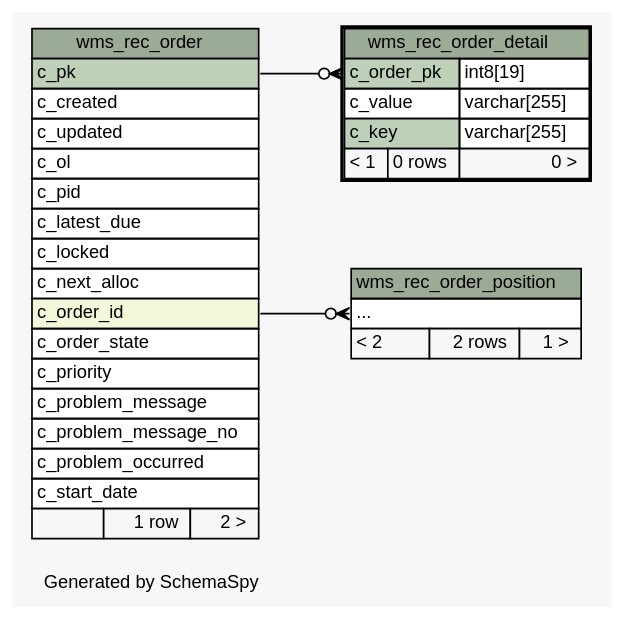
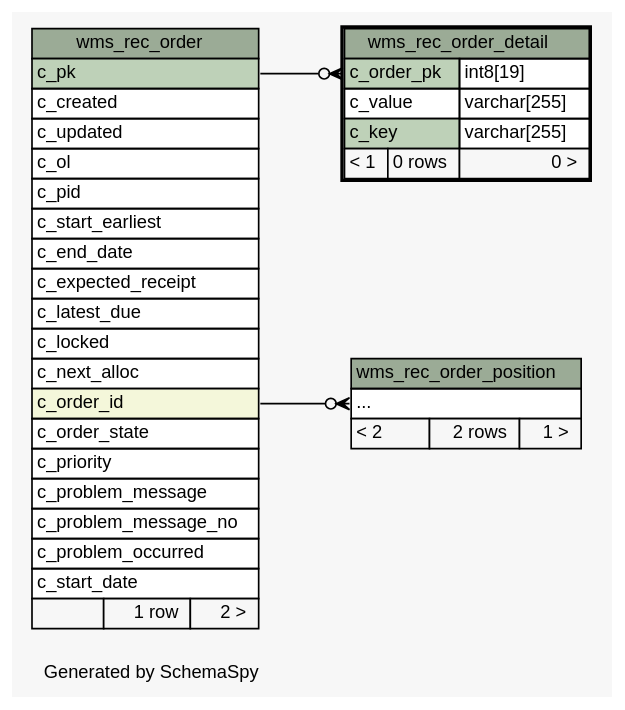
Before and after one commit to openwms/org.openwms.wms.receiving.lib: the diagram in 1.0.0-SNAPSHOT/schemaspy/diagrams/wms_rec_order_detail.2degrees.dot, drawn with Graphviz. The commit also changed 280 other files, not shown here.

```diff
--- a/1.0.0-SNAPSHOT/schemaspy/diagrams/wms_rec_order_detail.2degrees.dot
+++ b/1.0.0-SNAPSHOT/schemaspy/diagrams/wms_rec_order_detail.2degrees.dot
@@ -1,70 +1,73 @@
 // dot 2.43.0 on Linux 5.8.0-1039-azure
 // SchemaSpy rev Unknown
 digraph "twoDegreesRelationshipsDiagram" {
   graph [
     rankdir="RL"
     bgcolor="#f7f7f7"
     label="\nGenerated by SchemaSpy"
     labeljust="l"
     nodesep="0.18"
     ranksep="0.46"
     fontname="Helvetica"
     fontsize="11"
   ];
   node [
     fontname="Helvetica"
     fontsize="11"
     shape="plaintext"
   ];
   edge [
     arrowsize="0.8"
   ];
   "wms_rec_order_detail":"c_order_pk":w -> "wms_rec_order":"c_pk":e [arrowhead=none dir=back arrowtail=crowodot];
   "wms_rec_order_position":"elipses":w -> "wms_rec_order":"c_order_id":e [arrowhead=none dir=back arrowtail=crowodot];
   "wms_rec_order" [
     label=<
     <TABLE BORDER="0" CELLBORDER="1" CELLSPACING="0" BGCOLOR="#ffffff">
       <TR><TD COLSPAN="3" BGCOLOR="#9bab96" ALIGN="CENTER">wms_rec_order</TD></TR>
       <TR><TD PORT="c_pk" COLSPAN="3" BGCOLOR="#bed1b8" ALIGN="LEFT">c_pk</TD></TR>
       <TR><TD PORT="c_created" COLSPAN="3" ALIGN="LEFT">c_created</TD></TR>
       <TR><TD PORT="c_updated" COLSPAN="3" ALIGN="LEFT">c_updated</TD></TR>
       <TR><TD PORT="c_ol" COLSPAN="3" ALIGN="LEFT">c_ol</TD></TR>
       <TR><TD PORT="c_pid" COLSPAN="3" ALIGN="LEFT">c_pid</TD></TR>
+      <TR><TD PORT="c_start_earliest" COLSPAN="3" ALIGN="LEFT">c_start_earliest</TD></TR>
+      <TR><TD PORT="c_end_date" COLSPAN="3" ALIGN="LEFT">c_end_date</TD></TR>
+      <TR><TD PORT="c_expected_receipt" COLSPAN="3" ALIGN="LEFT">c_expected_receipt</TD></TR>
       <TR><TD PORT="c_latest_due" COLSPAN="3" ALIGN="LEFT">c_latest_due</TD></TR>
       <TR><TD PORT="c_locked" COLSPAN="3" ALIGN="LEFT">c_locked</TD></TR>
       <TR><TD PORT="c_next_alloc" COLSPAN="3" ALIGN="LEFT">c_next_alloc</TD></TR>
       <TR><TD PORT="c_order_id" COLSPAN="3" BGCOLOR="#f4f7da" ALIGN="LEFT">c_order_id</TD></TR>
       <TR><TD PORT="c_order_state" COLSPAN="3" ALIGN="LEFT">c_order_state</TD></TR>
       <TR><TD PORT="c_priority" COLSPAN="3" ALIGN="LEFT">c_priority</TD></TR>
       <TR><TD PORT="c_problem_message" COLSPAN="3" ALIGN="LEFT">c_problem_message</TD></TR>
       <TR><TD PORT="c_problem_message_no" COLSPAN="3" ALIGN="LEFT">c_problem_message_no</TD></TR>
       <TR><TD PORT="c_problem_occurred" COLSPAN="3" ALIGN="LEFT">c_problem_occurred</TD></TR>
       <TR><TD PORT="c_start_date" COLSPAN="3" ALIGN="LEFT">c_start_date</TD></TR>
       <TR><TD ALIGN="LEFT" BGCOLOR="#f7f7f7">  </TD><TD ALIGN="RIGHT" BGCOLOR="#f7f7f7">1 row</TD><TD ALIGN="RIGHT" BGCOLOR="#f7f7f7">2 &gt;</TD></TR>
     </TABLE>>
     URL="wms_rec_order.html"
     tooltip="wms_rec_order"
   ];
   "wms_rec_order_detail" [
     label=<
     <TABLE BORDER="2" CELLBORDER="1" CELLSPACING="0" BGCOLOR="#ffffff">
       <TR><TD COLSPAN="3" BGCOLOR="#9bab96" ALIGN="CENTER">wms_rec_order_detail</TD></TR>
       <TR><TD PORT="c_order_pk" COLSPAN="2" BGCOLOR="#bed1b8" ALIGN="LEFT">c_order_pk</TD><TD PORT="c_order_pk.type" ALIGN="LEFT">int8[19]</TD></TR>
       <TR><TD PORT="c_value" COLSPAN="2" ALIGN="LEFT">c_value</TD><TD PORT="c_value.type" ALIGN="LEFT">varchar[255]</TD></TR>
       <TR><TD PORT="c_key" COLSPAN="2" BGCOLOR="#bed1b8" ALIGN="LEFT">c_key</TD><TD PORT="c_key.type" ALIGN="LEFT">varchar[255]</TD></TR>
       <TR><TD ALIGN="LEFT" BGCOLOR="#f7f7f7">&lt; 1</TD><TD ALIGN="RIGHT" BGCOLOR="#f7f7f7">0 rows</TD><TD ALIGN="RIGHT" BGCOLOR="#f7f7f7">0 &gt;</TD></TR>
     </TABLE>>
     URL="wms_rec_order_detail.html"
     tooltip="wms_rec_order_detail"
   ];
   "wms_rec_order_position" [
     label=<
     <TABLE BORDER="0" CELLBORDER="1" CELLSPACING="0" BGCOLOR="#ffffff">
       <TR><TD COLSPAN="3" BGCOLOR="#9bab96" ALIGN="CENTER">wms_rec_order_position</TD></TR>
       <TR><TD PORT="elipses" COLSPAN="3" ALIGN="LEFT">...</TD></TR>
       <TR><TD ALIGN="LEFT" BGCOLOR="#f7f7f7">&lt; 2</TD><TD ALIGN="RIGHT" BGCOLOR="#f7f7f7">2 rows</TD><TD ALIGN="RIGHT" BGCOLOR="#f7f7f7">1 &gt;</TD></TR>
     </TABLE>>
     URL="wms_rec_order_position.html"
     tooltip="wms_rec_order_position"
   ];
 }
```
